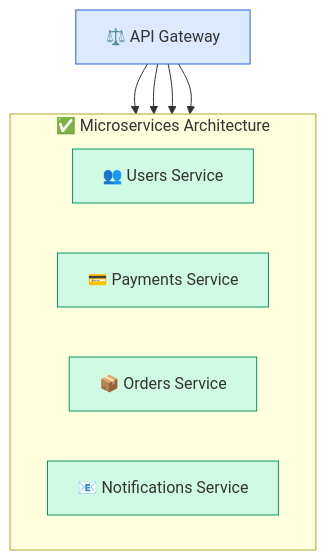
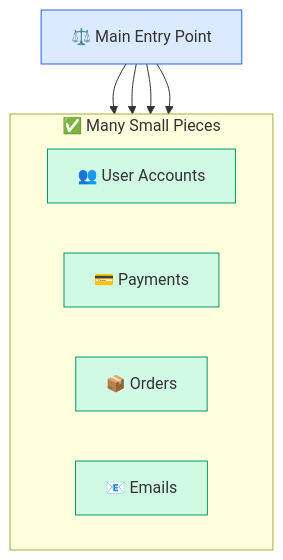
The third of 16 diagrams in _topics/scaling-api-design-architecture-part-2.md (rilov/handbook), drawn with Mermaid before and after one commit. The commit also changed other lines of this file, not shown here.

```diff
--- a/_topics/scaling-api-design-architecture-part-2.md
+++ b/_topics/scaling-api-design-architecture-part-2.md
@@ -91,21 +108,21 @@
 <div class="mermaid">
 flowchart TB
-    subgraph microservices["✅ Microservices Architecture"]
+    subgraph microservices["✅ Many Small Pieces"]
         direction LR
-        S1["👥 Users Service"]
-        S2["💳 Payments Service"]
-        S3["📦 Orders Service"]
-        S4["📧 Notifications Service"]
+        S1["👥 User Accounts"]
+        S2["💳 Payments"]
+        S3["📦 Orders"]
+        S4["📧 Emails"]
     end
     
-    G["⚖️ API Gateway"] --> S1
+    G["⚖️ Main Entry Point"] --> S1
     G --> S2
     G --> S3
     G --> S4
     
     style G fill:#dbeafe,stroke:#2563eb
     style S1 fill:#d1fae5,stroke:#059669
     style S2 fill:#d1fae5,stroke:#059669
     style S3 fill:#d1fae5,stroke:#059669
     style S4 fill:#d1fae5,stroke:#059669
 </div>
```
